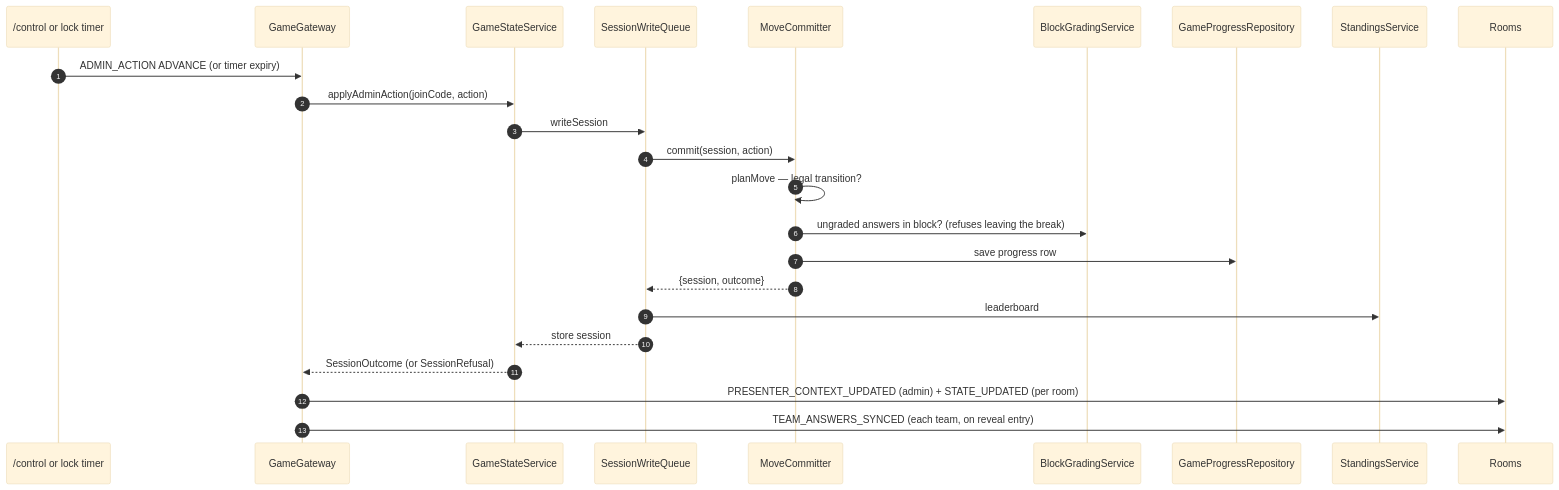
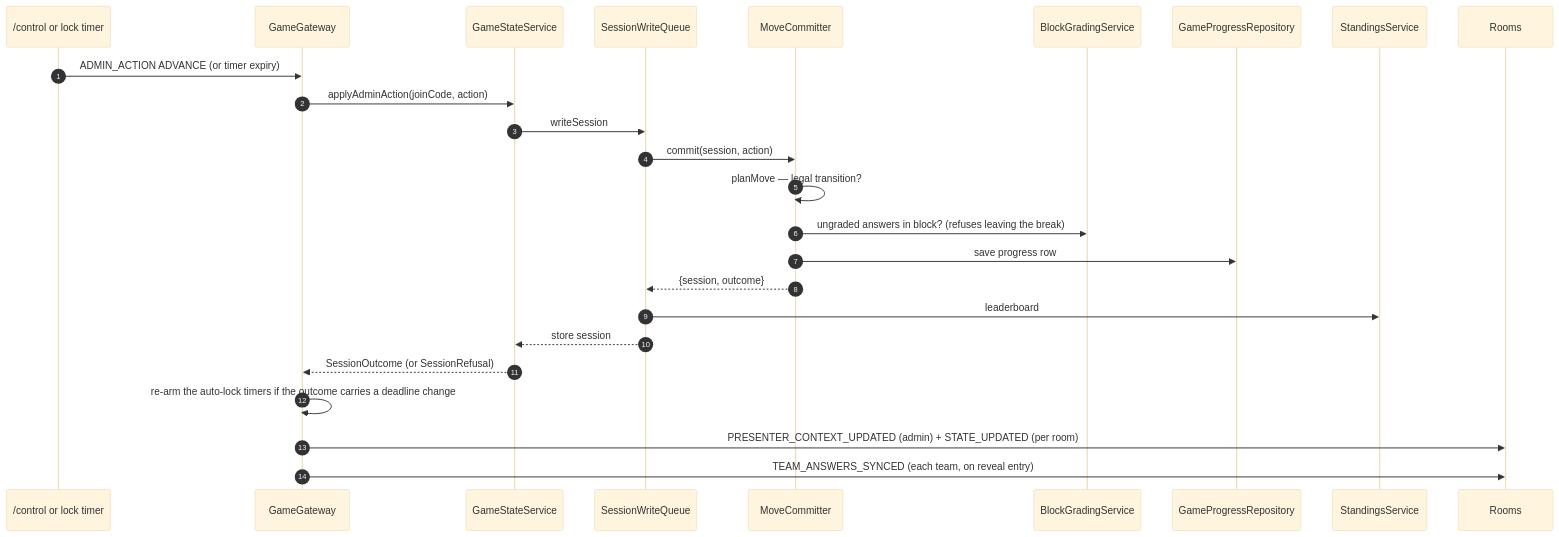
One commit to Sid0rr0/campus-pubquiz changed the fifth of 8 diagrams in docs/architecture.md. Above: the diagram before and after it, drawn with Mermaid (base theme). The commit also changed other lines of this file and 11 other files, not shown here.

First line of the commit message:
feat(backend): carry deadline changes on the SessionOutcome

````diff
--- a/docs/architecture.md
+++ b/docs/architecture.md
@@ -190,27 +190,28 @@
 ```mermaid
 sequenceDiagram
   autonumber
   participant C as /control or lock timer
   participant GW as GameGateway
   participant GS as GameStateService
   participant Q as SessionWriteQueue
   participant MC as MoveCommitter
   participant BG as BlockGradingService
   participant PR as GameProgressRepository
   participant ST as StandingsService
   participant R as Rooms
 
   C->>GW: ADMIN_ACTION ADVANCE (or timer expiry)
   GW->>GS: applyAdminAction(joinCode, action)
   GS->>Q: writeSession
   Q->>MC: commit(session, action)
   MC->>MC: planMove — legal transition?
   MC->>BG: ungraded answers in block? (refuses leaving the break)
   MC->>PR: save progress row
   MC-->>Q: {session, outcome}
   Q->>ST: leaderboard
   Q-->>GS: store session
   GS-->>GW: SessionOutcome (or SessionRefusal)
+  GW->>GW: re-arm the auto-lock timers if the outcome carries a deadline change
   GW->>R: PRESENTER_CONTEXT_UPDATED (admin) + STATE_UPDATED (per room)
   GW->>R: TEAM_ANSWERS_SYNCED (each team, on reveal entry)
 ```
````
